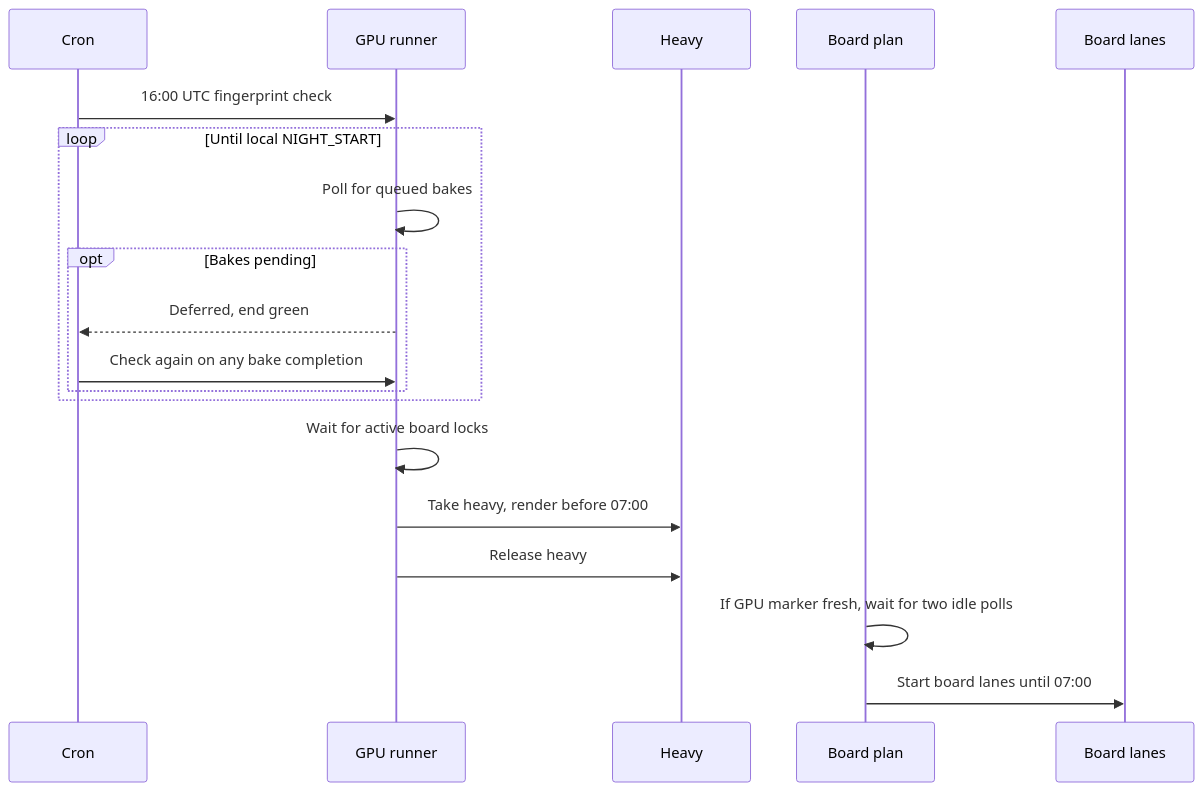
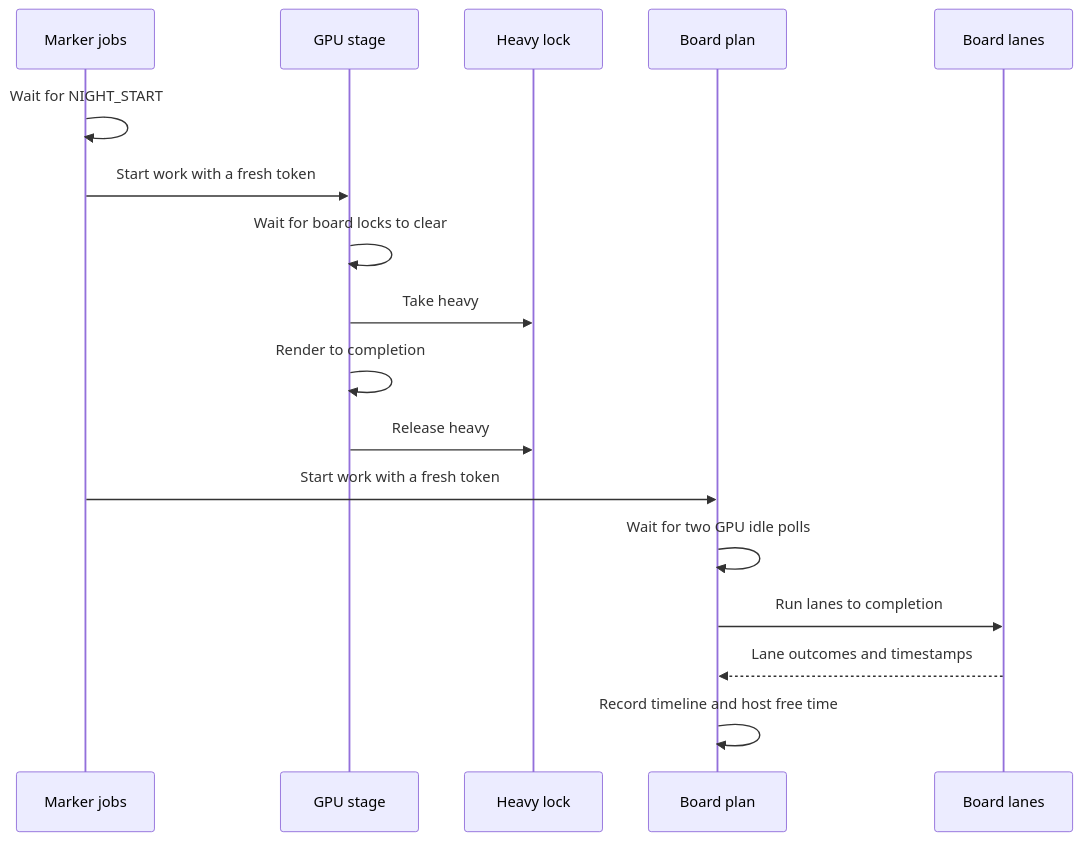
Before and after one commit to jose-villegas/autana: the third of 3 diagrams in launcher/tools/perf/README.md, drawn with Mermaid. The commit also changed other lines of this file and 19 other files, not shown here.

Commit message:
ci: run the night as one sequence from the NIGHT_START marker

````diff
--- a/launcher/tools/perf/README.md
+++ b/launcher/tools/perf/README.md
@@ -341,21 +253,19 @@
 ```mermaid
 sequenceDiagram
-    participant Cron
-    participant GPU as GPU runner
-    participant Heavy
+    participant Marker as Marker jobs
+    participant GPU as GPU stage
+    participant Heavy as Heavy lock
     participant Plan as Board plan
     participant Lanes as Board lanes
-    Cron->>GPU: 16:00 UTC fingerprint check
-    loop Until local NIGHT_START
-        GPU->>GPU: Poll for queued bakes
-        opt Bakes pending
-            GPU-->>Cron: Deferred, end green
-            Cron->>GPU: Check again on any bake completion
-        end
-    end
-    GPU->>GPU: Wait for active board locks
-    GPU->>Heavy: Take heavy, render before 07:00
+    Marker->>Marker: Wait for NIGHT_START
+    Marker->>GPU: Start work with a fresh token
+    GPU->>GPU: Wait for board locks to clear
+    GPU->>Heavy: Take heavy
+    GPU->>GPU: Render to completion
     GPU->>Heavy: Release heavy
-    Plan->>Plan: If GPU marker fresh, wait for two idle polls
-    Plan->>Lanes: Start board lanes until 07:00
+    Marker->>Plan: Start work with a fresh token
+    Plan->>Plan: Wait for two GPU idle polls
+    Plan->>Lanes: Run lanes to completion
+    Lanes-->>Plan: Lane outcomes and timestamps
+    Plan->>Plan: Record timeline and host free time
 ```
````
